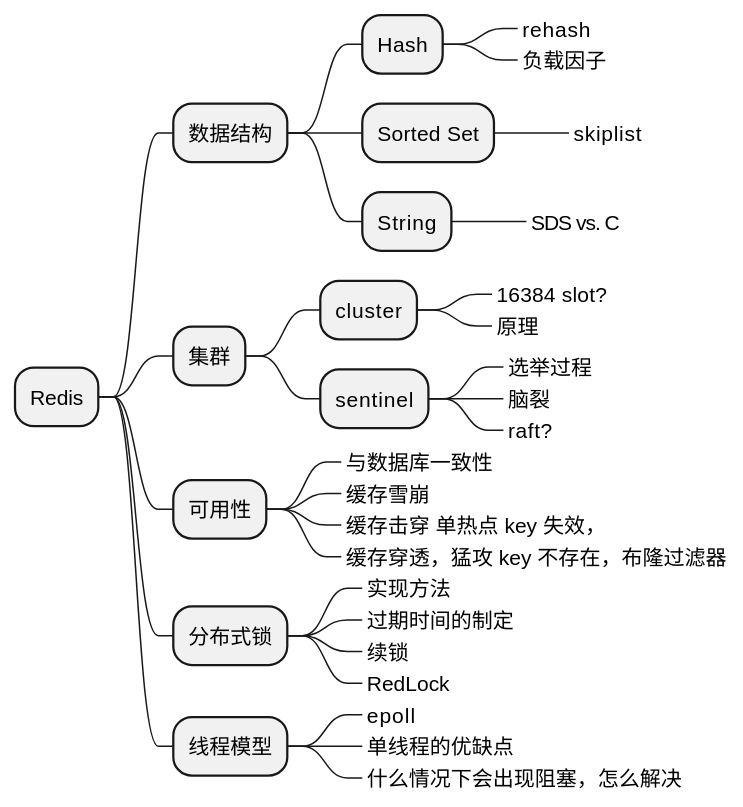
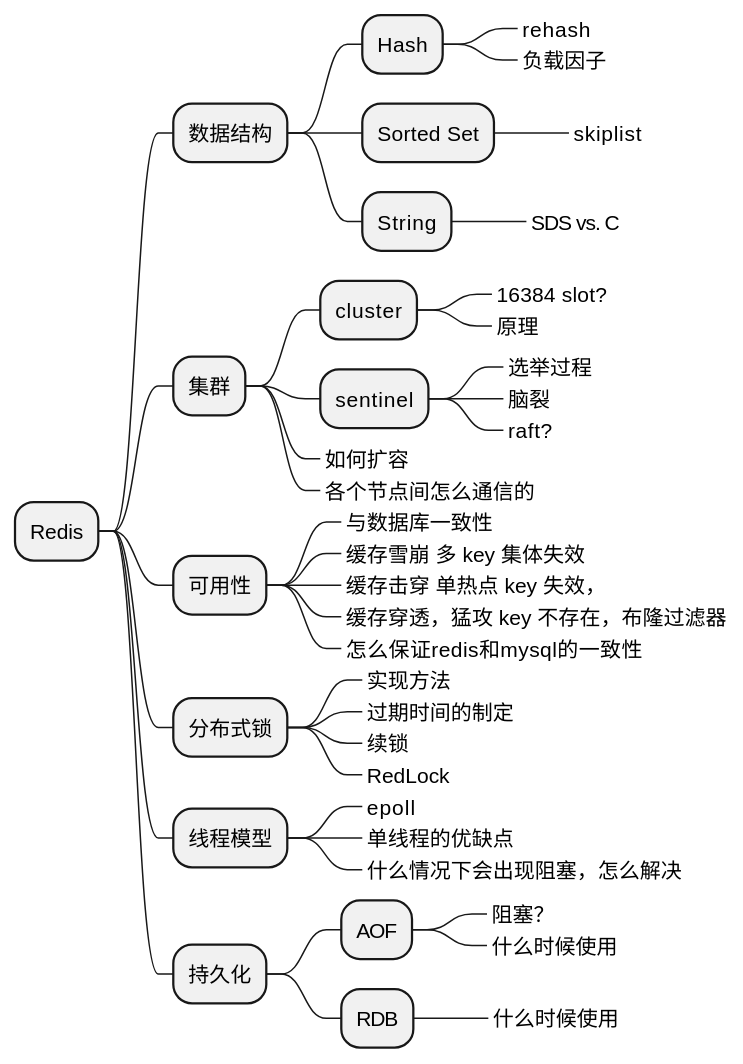
One commit to Gh0st99/Gh0st99.github.io changed the sixth of 10 diagrams in _posts/2021-05-27-查漏补缺.md. Above: the diagram before and after it, drawn with PlantUML. The commit also changed other lines of this file, not shown here.

````diff
--- a/_posts/2021-05-27-查漏补缺.md
+++ b/_posts/2021-05-27-查漏补缺.md
@@ -268,41 +324,52 @@
 ```plantuml
 @startmindmap
 * Redis
 ** 数据结构
 *** Hash
 ****_ rehash
 ****_ 负载因子
 *** Sorted Set
 ****_ skiplist
 *** String
 ****_ SDS vs. C
 
 
 ** 集群
 *** cluster
 ****_ 16384 slot?
 ****_ 原理
 
 *** sentinel
 ****_ 选举过程
 ****_ 脑裂
 ****_ raft?
 
+***_ 如何扩容
+***_ 各个节点间怎么通信的
+
 ** 可用性
 ***_ 与数据库一致性
-***_ 缓存雪崩
+***_ 缓存雪崩 多 key 集体失效
 ***_ 缓存击穿 单热点 key 失效，
 ***_ 缓存穿透，猛攻 key 不存在，布隆过滤器
+***_ 怎么保证redis和mysql的一致性
 
 ** 分布式锁
 ***_ 实现方法
 ***_ 过期时间的制定
 ***_ 续锁
 ***_ RedLock
 
 ** 线程模型
 ***_ epoll
 ***_ 单线程的优缺点
 ***_ 什么情况下会出现阻塞，怎么解决
+
+** 持久化
+*** AOF
+****_ 阻塞？
+****_ 什么时候使用
+*** RDB
+****_ 什么时候使用
 @endmindmap
 ```
````
